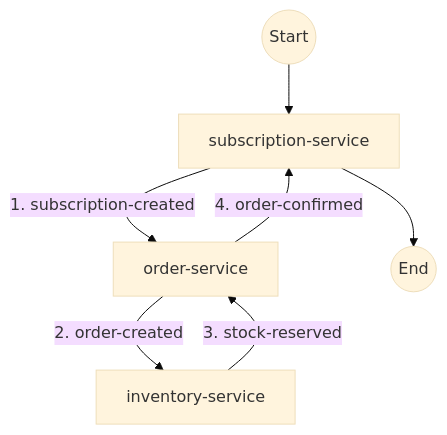
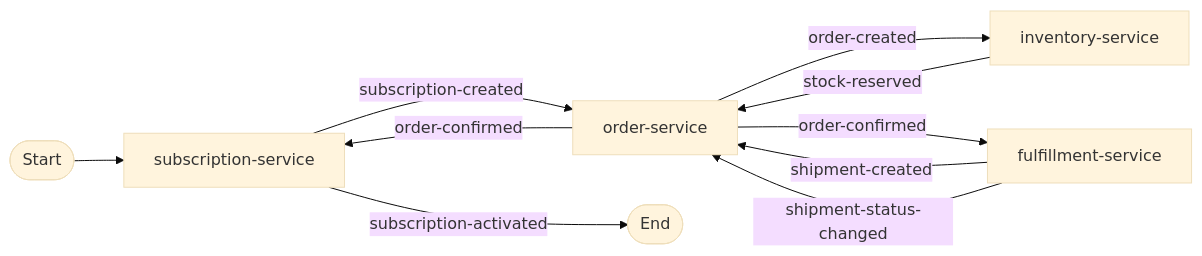
The diagram in examples/domains/subscription-order/README.md (filozofira/spas), drawn with Mermaid (base theme) before and after one commit. The commit also changed other lines of this file and 36 other files, not shown here.

Commit message:
Updated order-fulfillment and subscription-order choreographies. (#61)

````diff
--- a/examples/domains/subscription-order/README.md
+++ b/examples/domains/subscription-order/README.md
@@ -9,15 +3,12 @@
 ```mermaid
-flowchart TD
-    START((Start)) --> sub
-    
-    sub[subscription-service]
-    ord[order-service]
-    inv[inventory-service]
-    
-    sub -->|1. subscription-created| ord
-    ord -->|2. order-created| inv
-    inv -->|3. stock-reserved| ord
-    ord -->|4. order-confirmed| sub
-    
-    sub --> END((End))
+flowchart LR
+    Start([Start]) --> SS[subscription-service]
+    SS -->|subscription-created| OS[order-service]
+    OS -->|order-created| IS[inventory-service]
+    IS -->|stock-reserved| OS
+    OS -->|order-confirmed| FS[fulfillment-service]
+    OS -->|order-confirmed| SS
+    FS -->|shipment-created| OS
+    FS -->|shipment-status-changed| OS
+    SS -->|subscription-activated| End([End])
 ```
````
